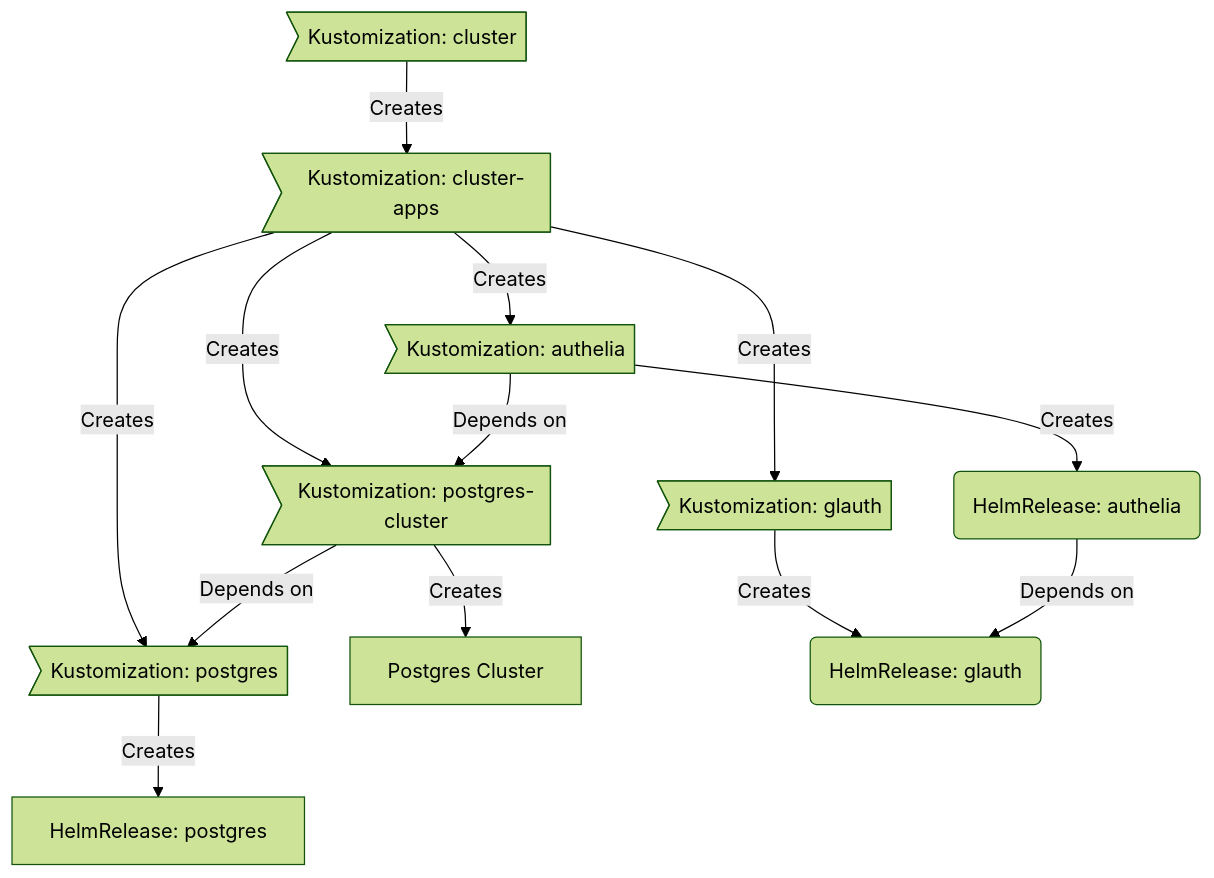
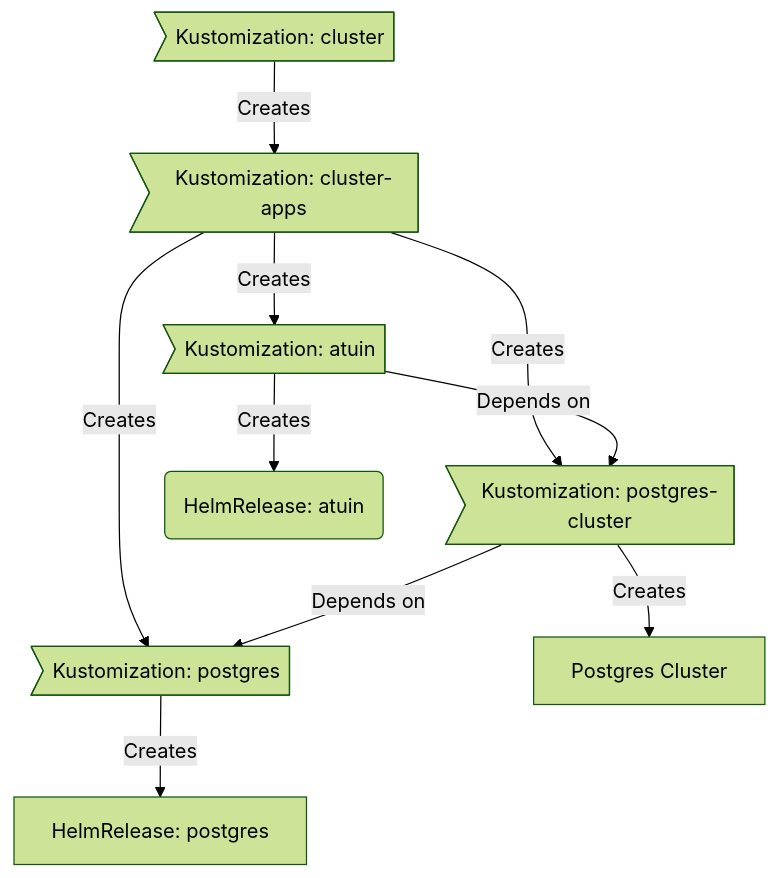
One commit to onedr0p/home-ops changed the diagram in README.md. Above: the diagram before and after it, drawn with Mermaid (forest theme). The commit also changed other lines of this file and 24 other files, not shown here.

````diff
--- a/README.md
+++ b/README.md
@@ -94,15 +94,12 @@
 ```mermaid
 graph TD;
   id1>Kustomization: cluster] -->|Creates| id2>Kustomization: cluster-apps];
   id2>Kustomization: cluster-apps] -->|Creates| id3>Kustomization: postgres];
-  id2>Kustomization: cluster-apps] -->|Creates| id6>Kustomization: glauth]
-  id2>Kustomization: cluster-apps] -->|Creates| id8>Kustomization: authelia]
   id2>Kustomization: cluster-apps] -->|Creates| id5>Kustomization: postgres-cluster]
+  id2>Kustomization: cluster-apps] -->|Creates| id8>Kustomization: atuin]
   id3>Kustomization: postgres] -->|Creates| id4[HelmRelease: postgres];
   id5>Kustomization: postgres-cluster] -->|Depends on| id3>Kustomization: postgres];
   id5>Kustomization: postgres-cluster] -->|Creates| id10[Postgres Cluster];
-  id6>Kustomization: glauth] -->|Creates| id7(HelmRelease: glauth);
-  id8>Kustomization: authelia] -->|Creates| id9(HelmRelease: authelia);
-  id8>Kustomization: authelia] -->|Depends on| id5>Kustomization: postgres-cluster];
-  id9(HelmRelease: authelia) -->|Depends on| id7(HelmRelease: glauth);
+  id8>Kustomization: atuin] -->|Creates| id9(HelmRelease: atuin);
+  id8>Kustomization: atuin] -->|Depends on| id5>Kustomization: postgres-cluster];
 ```
````
